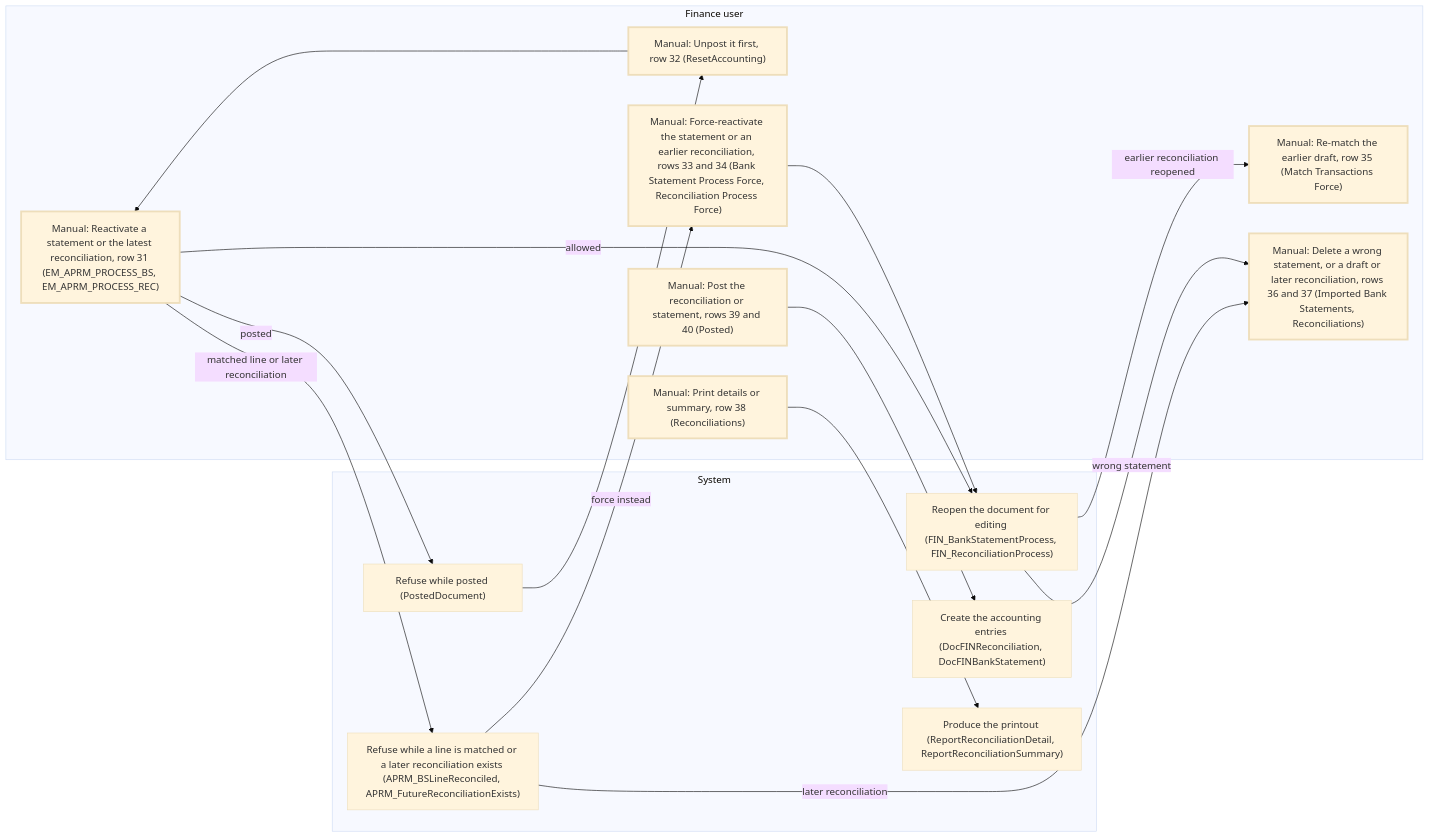
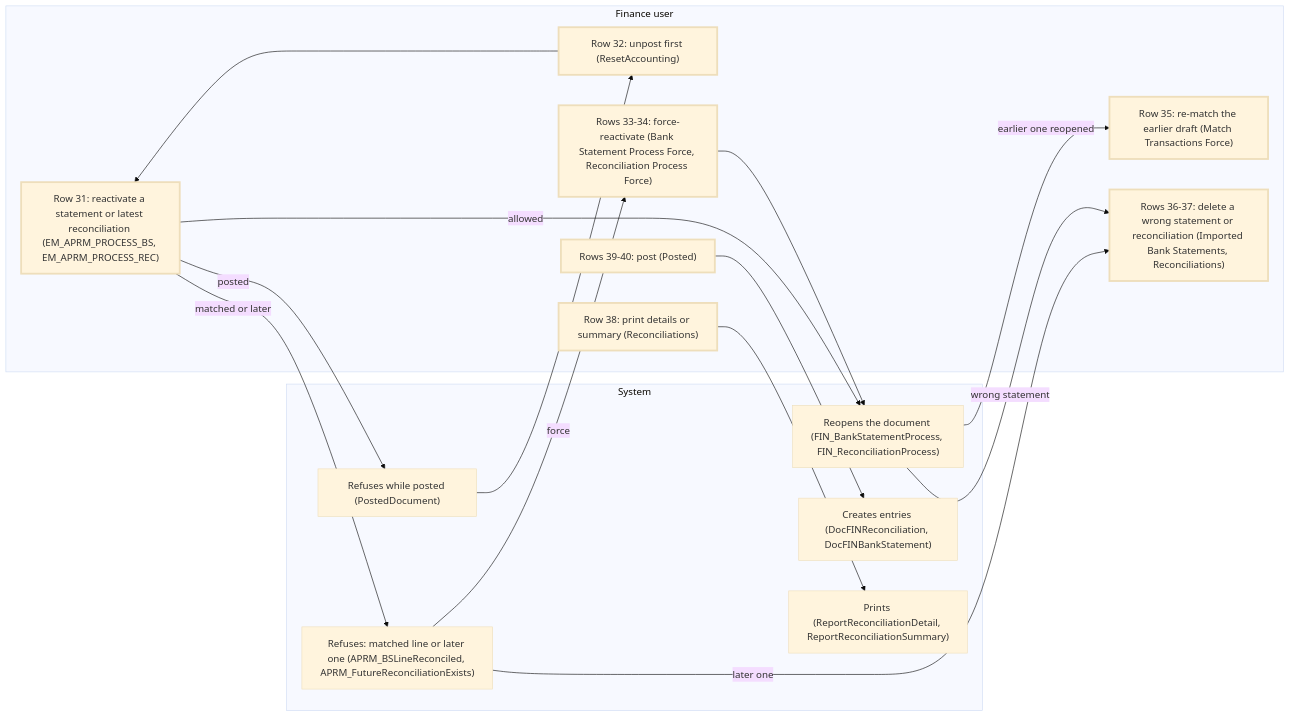
The seventh of 9 diagrams in docs/analysis/analysis-1-current-state-reconciliation.md (blitzy-public-samples/openbravo-erp), drawn with Mermaid (base theme) before and after one commit. The commit also changed other lines of this file and 1 other file, not shown here.

````diff
--- a/docs/analysis/analysis-1-current-state-reconciliation.md
+++ b/docs/analysis/analysis-1-current-state-reconciliation.md
@@ -330,33 +330,33 @@
 ```mermaid
 flowchart LR
   subgraph People["Finance user"]
-    M31["Manual: Reactivate a statement or the latest reconciliation, row 31 (EM_APRM_PROCESS_BS, EM_APRM_PROCESS_REC)"]
-    M32["Manual: Unpost it first, row 32 (ResetAccounting)"]
-    M33["Manual: Force-reactivate the statement or an earlier reconciliation, rows 33 and 34 (Bank Statement Process Force, Reconciliation Process Force)"]
-    M35["Manual: Re-match the earlier draft, row 35 (Match Transactions Force)"]
-    M36["Manual: Delete a wrong statement, or a draft or later reconciliation, rows 36 and 37 (Imported Bank Statements, Reconciliations)"]
-    M38["Manual: Print details or summary, row 38 (Reconciliations)"]
-    M39["Manual: Post the reconciliation or statement, rows 39 and 40 (Posted)"]
+    M31["Row 31: reactivate a statement or latest reconciliation (EM_APRM_PROCESS_BS, EM_APRM_PROCESS_REC)"]
+    M32["Row 32: unpost first (ResetAccounting)"]
+    M33["Rows 33-34: force-reactivate (Bank Statement Process Force, Reconciliation Process Force)"]
+    M35["Row 35: re-match the earlier draft (Match Transactions Force)"]
+    M36["Rows 36-37: delete a wrong statement or reconciliation (Imported Bank Statements, Reconciliations)"]
+    M38["Row 38: print details or summary (Reconciliations)"]
+    M39["Rows 39-40: post (Posted)"]
   end
   subgraph System["System"]
-    S1["Refuse while posted (PostedDocument)"]
-    S2["Refuse while a line is matched or a later reconciliation exists (APRM_BSLineReconciled, APRM_FutureReconciliationExists)"]
-    S3["Reopen the document for editing (FIN_BankStatementProcess, FIN_ReconciliationProcess)"]
-    S4["Create the accounting entries (DocFINReconciliation, DocFINBankStatement)"]
-    S5["Produce the printout (ReportReconciliationDetail, ReportReconciliationSummary)"]
+    S1["Refuses while posted (PostedDocument)"]
+    S2["Refuses: matched line or later one (APRM_BSLineReconciled, APRM_FutureReconciliationExists)"]
+    S3["Reopens the document (FIN_BankStatementProcess, FIN_ReconciliationProcess)"]
+    S4["Creates entries (DocFINReconciliation, DocFINBankStatement)"]
+    S5["Prints (ReportReconciliationDetail, ReportReconciliationSummary)"]
   end
   M31 -->|"posted"| S1
   S1 --> M32
   M32 --> M31
-  M31 -->|"matched line or later reconciliation"| S2
-  S2 -->|"force instead"| M33
-  S2 -->|"later reconciliation"| M36
+  M31 -->|"matched or later"| S2
+  S2 -->|"force"| M33
+  S2 -->|"later one"| M36
   M31 -->|"allowed"| S3
   M33 --> S3
-  S3 -->|"earlier reconciliation reopened"| M35
+  S3 -->|"earlier one reopened"| M35
   S3 -->|"wrong statement"| M36
   M38 --> S5
   M39 --> S4
   classDef manual stroke-width:3px
   class M31,M32,M33,M35,M36,M38,M39 manual
 ```
````
